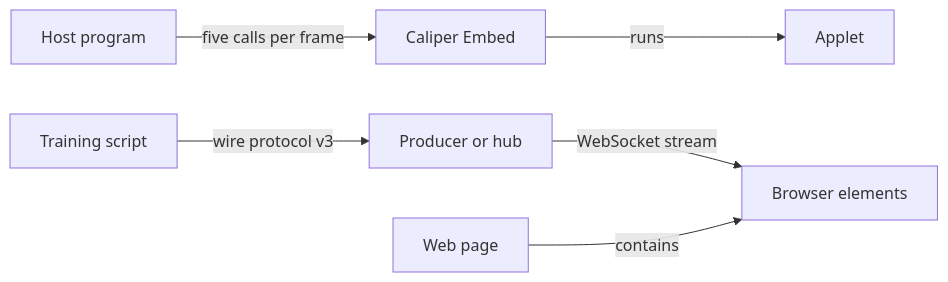
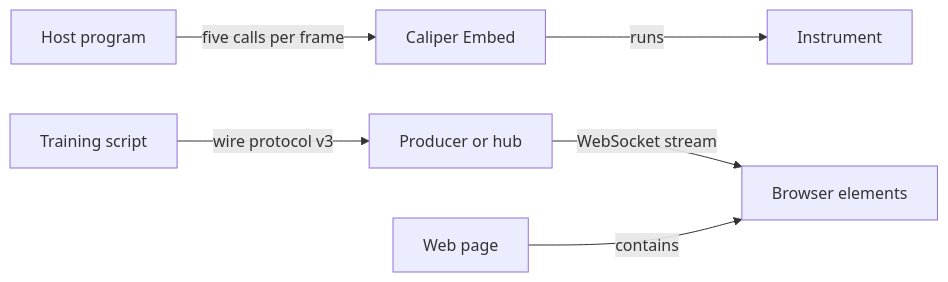
Before and after one commit to AhmedKhan-GH/caliper: the diagram in docs/web/index.md, drawn with Mermaid. The commit also changed other lines of this file and 87 other files, not shown here.

First line of the commit message:
Docs: rename applet to instrument across docs site and root markdown

````diff
--- a/docs/web/index.md
+++ b/docs/web/index.md
@@ -5,8 +5,8 @@
 ```mermaid
 flowchart LR
     host[Host program] -->|five calls per frame| core[Caliper Embed]
-    core -->|runs| applet[Applet]
+    core -->|runs| instrument[Instrument]
     script[Training script] -->|wire protocol v3| hub[Producer or hub]
     hub -->|WebSocket stream| elements[Browser elements]
     page[Web page] -->|contains| elements
 ```
````
